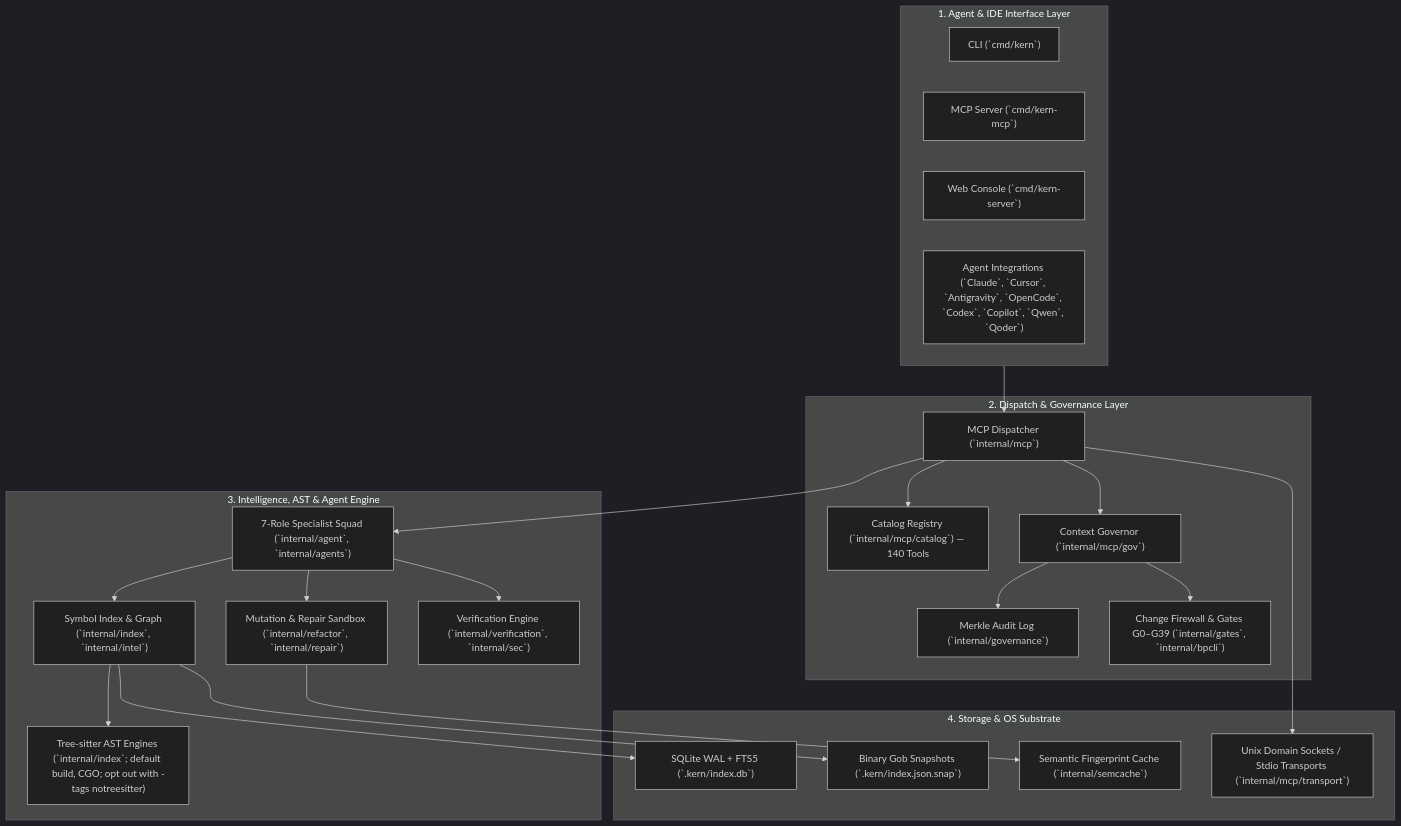
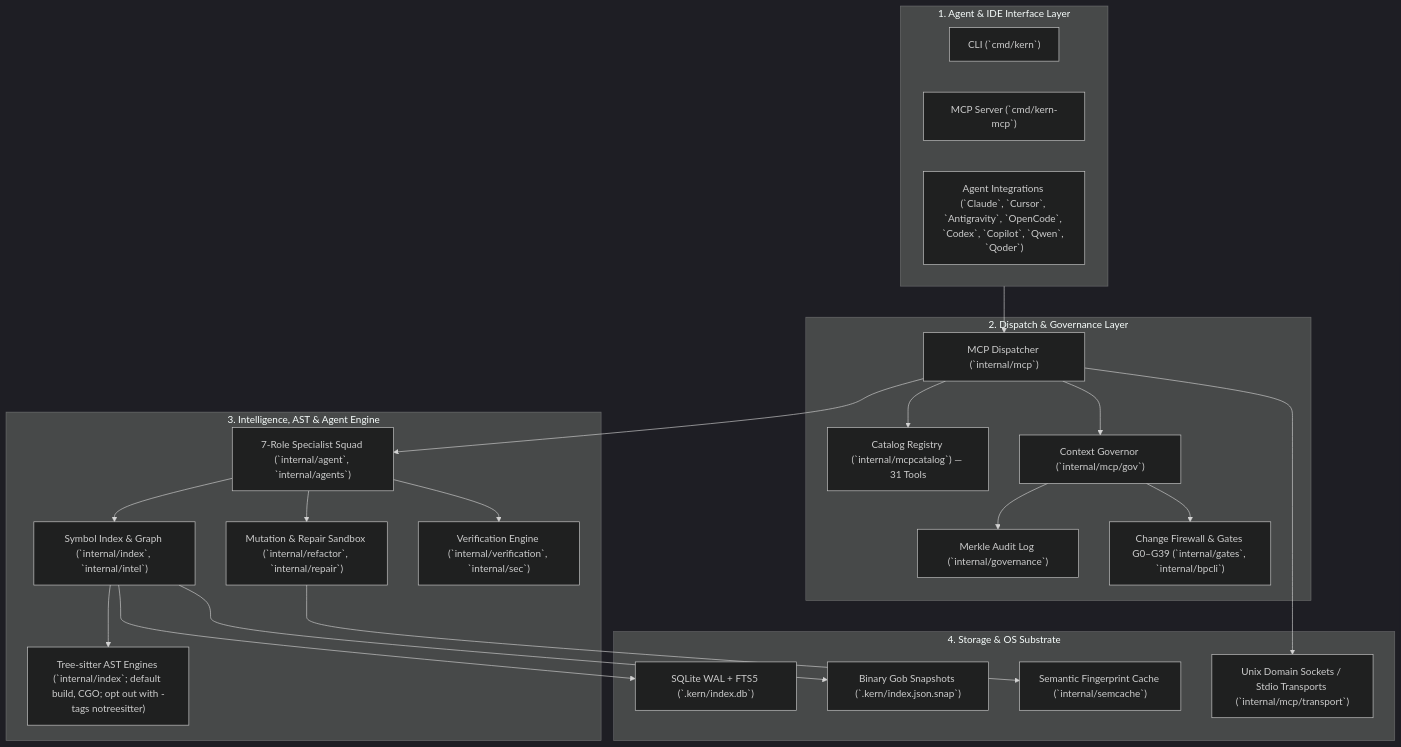
Before and after one commit to JayveerPrajapati/kern: the first of 3 diagrams in docs/architecture.md, drawn with Mermaid (dark theme). The commit also changed other lines of this file and 1237 other files, not shown here.

````diff
--- a/docs/architecture.md
+++ b/docs/architecture.md
@@ -11,47 +11,46 @@
 ```mermaid
 graph TD
     subgraph Clients["1. Agent & IDE Interface Layer"]
         CLI["CLI (`cmd/kern`)"]
         MCPServer["MCP Server (`cmd/kern-mcp`)"]
-        WebConsole["Web Console (`cmd/kern-server`)"]
         Agents["Agent Integrations (`Claude`, `Cursor`, `Antigravity`, `OpenCode`, `Codex`, `Copilot`, `Qwen`, `Qoder`)"]
     end
 
     subgraph Governance["2. Dispatch & Governance Layer"]
         MCPMux["MCP Dispatcher (`internal/mcp`)"]
-        Catalog["Catalog Registry (`internal/mcp/catalog`) — 140 Tools"]
+        Catalog["Catalog Registry (`internal/mcpcatalog`) — 31 Tools"]
         Gov["Context Governor (`internal/mcp/gov`)"]
         Audit["Merkle Audit Log (`internal/governance`)"]
         Firewall["Change Firewall & Gates G0–G39 (`internal/gates`, `internal/bpcli`)"]
     end
 
     subgraph Intelligence["3. Intelligence, AST & Agent Engine"]
         IndexEngine["Symbol Index & Graph (`internal/index`, `internal/intel`)"]
         TreeSitter["Tree-sitter AST Engines (`internal/index`; default build, CGO; opt out with -tags notreesitter)"]
         Squad["7-Role Specialist Squad (`internal/agent`, `internal/agents`)"]
         RefactorEngine["Mutation & Repair Sandbox (`internal/refactor`, `internal/repair`)"]
         Verification["Verification Engine (`internal/verification`, `internal/sec`)"]
     end
 
     subgraph Storage["4. Storage & OS Substrate"]
         SQLite["SQLite WAL + FTS5 (`.kern/index.db`)"]
         GobSnap["Binary Gob Snapshots (`.kern/index.json.snap`)"]
         SemCache["Semantic Fingerprint Cache (`internal/semcache`)"]
         UDS["Unix Domain Sockets / Stdio Transports (`internal/mcp/transport`)"]
     end
 
     Clients --> MCPMux
     MCPMux --> Catalog
     MCPMux --> Gov
     Gov --> Audit
     Gov --> Firewall
     MCPMux --> Squad
     Squad --> IndexEngine
     Squad --> RefactorEngine
     Squad --> Verification
     IndexEngine --> TreeSitter
     IndexEngine --> SQLite
     IndexEngine --> GobSnap
     RefactorEngine --> SemCache
     MCPMux --> UDS
 ```
````
